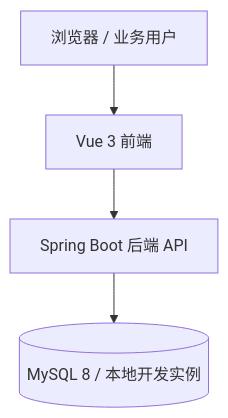
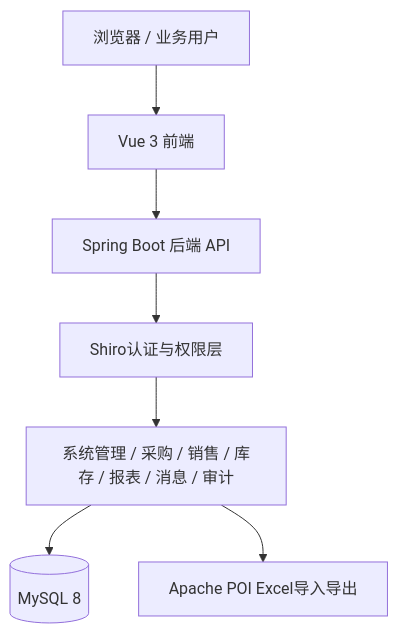
Before and after one commit to zcw199604/java-test: the first of 2 diagrams in helloagents/wiki/arch.md, drawn with Mermaid. The commit also changed other lines of this file and 52 other files, not shown here.

````diff
--- a/helloagents/wiki/arch.md
+++ b/helloagents/wiki/arch.md
@@ -4,6 +4,9 @@
 ```mermaid
 flowchart TD
     A[浏览器 / 业务用户] --> B[Vue 3 前端]
     B --> C[Spring Boot 后端 API]
-    C --> D[(MySQL 8 / 本地开发实例)]
+    C --> D[Shiro认证与权限层]
+    D --> E[系统管理 / 采购 / 销售 / 库存 / 报表 / 消息 / 审计]
+    E --> F[(MySQL 8)]
+    E --> G[Apache POI Excel导入导出]
 ```
````
